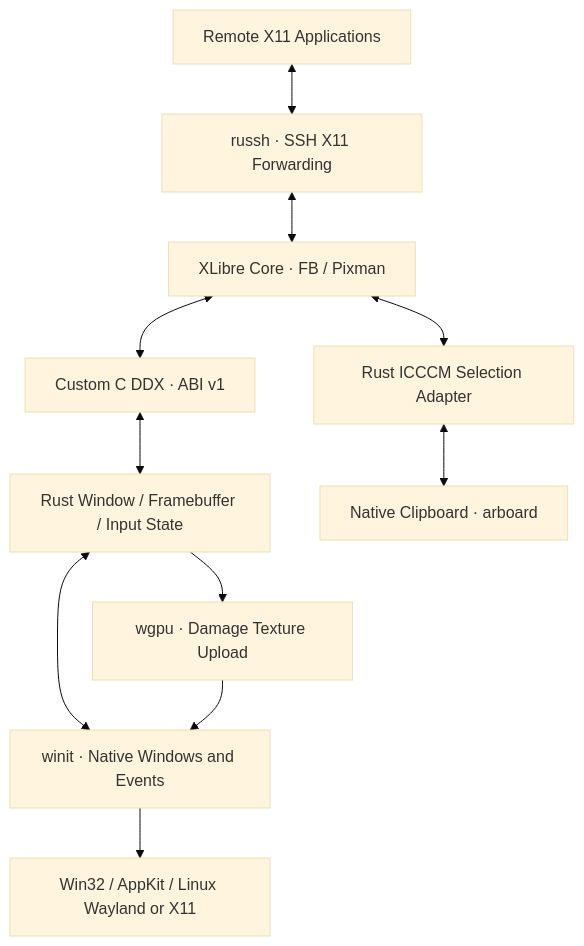
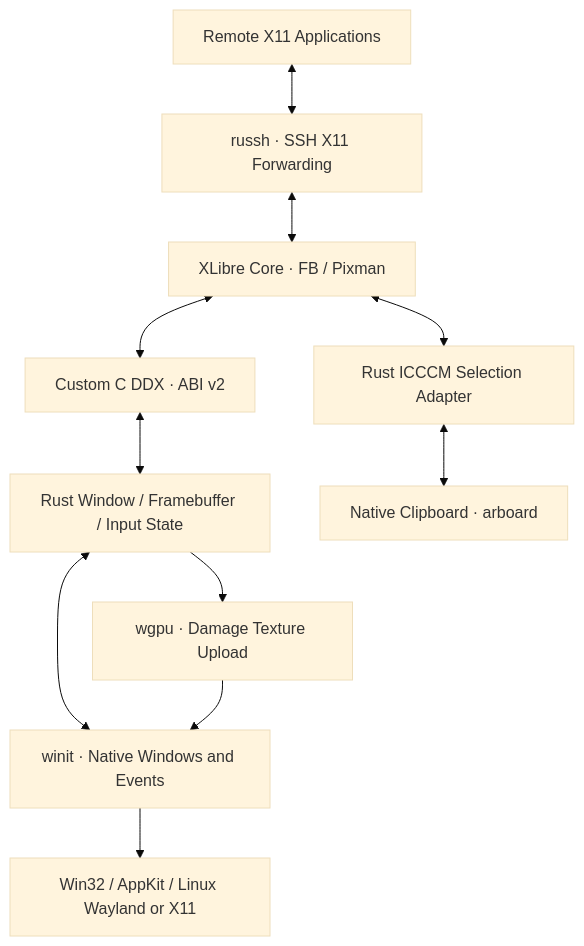
The diagram in docs/architecture.md (zephyraluco/WayX), drawn with Mermaid (base theme) before and after one commit. The commit also changed other lines of this file and 20 other files, not shown here.

````diff
--- a/docs/architecture.md
+++ b/docs/architecture.md
@@ -3,13 +3,13 @@
 ```mermaid
 flowchart TB
   A[Remote X11 Applications] <--> B[russh · SSH X11 Forwarding]
   B <--> C[XLibre Core · FB / Pixman]
-  C <--> D[Custom C DDX · ABI v1]
+  C <--> D[Custom C DDX · ABI v2]
   D <--> E[Rust Window / Framebuffer / Input State]
   E --> F[wgpu · Damage Texture Upload]
   E <--> G[winit · Native Windows and Events]
   F --> G
   C <--> H[Rust ICCCM Selection Adapter]
   H <--> I[Native Clipboard · arboard]
   G --> J[Win32 / AppKit / Linux Wayland or X11]
 ```
````
